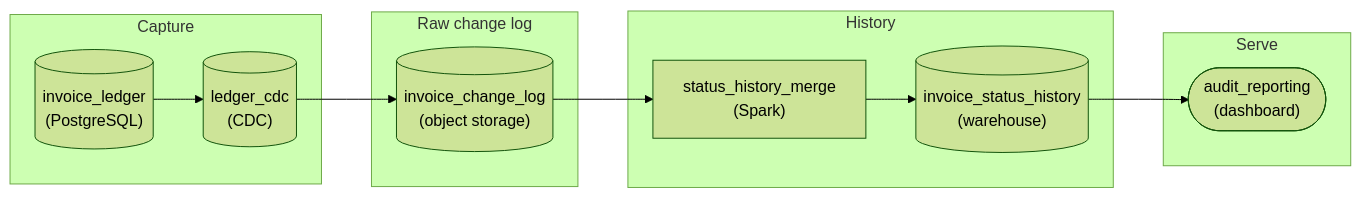
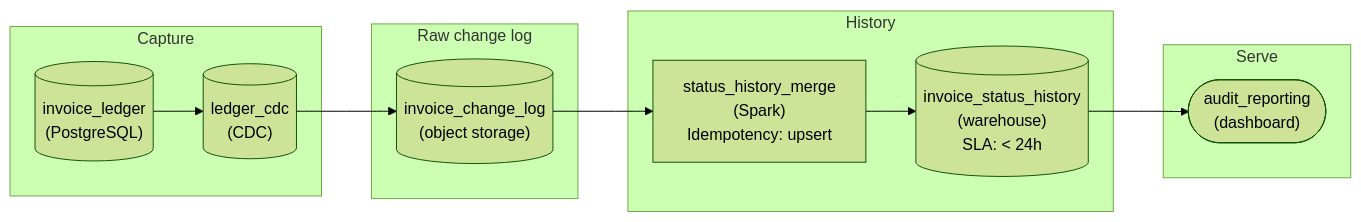
The second of 2 diagrams in lesson_preview/interview/architecture/pa_pattern_incremental_loading_intermediate.md (Dulain-Willis/study-helper), drawn with Mermaid (forest theme) before and after one commit. The commit also changed other lines of this file and 26 other files, not shown here.

First line of the commit message:
Mermaid diagrams: show tags and extra values inside each node (#43)

````diff
--- a/lesson_preview/interview/architecture/pa_pattern_incremental_loading_intermediate.md
+++ b/lesson_preview/interview/architecture/pa_pattern_incremental_loading_intermediate.md
@@ -685,22 +685,22 @@
 ```mermaid
 flowchart LR
     subgraph L0["Capture"]
         n0[("invoice_ledger<br/>(PostgreSQL)")]
         n1[("ledger_cdc<br/>(CDC)")]
     end
     subgraph L1["Raw change log"]
         n2[("invoice_change_log<br/>(object storage)")]
     end
     subgraph L2["History"]
-        n3["status_history_merge<br/>(Spark)"]
-        n4[("invoice_status_history<br/>(warehouse)")]
+        n3["status_history_merge<br/>(Spark)<br/>Idempotency: upsert"]
+        n4[("invoice_status_history<br/>(warehouse)<br/>SLA: #60; 24h")]
     end
     subgraph L3["Serve"]
         n5(["audit_reporting<br/>(dashboard)"])
     end
     n0 --> n1
     n1 --> n2
     n2 --> n3
     n3 --> n4
     n4 --> n5
 ```
````
